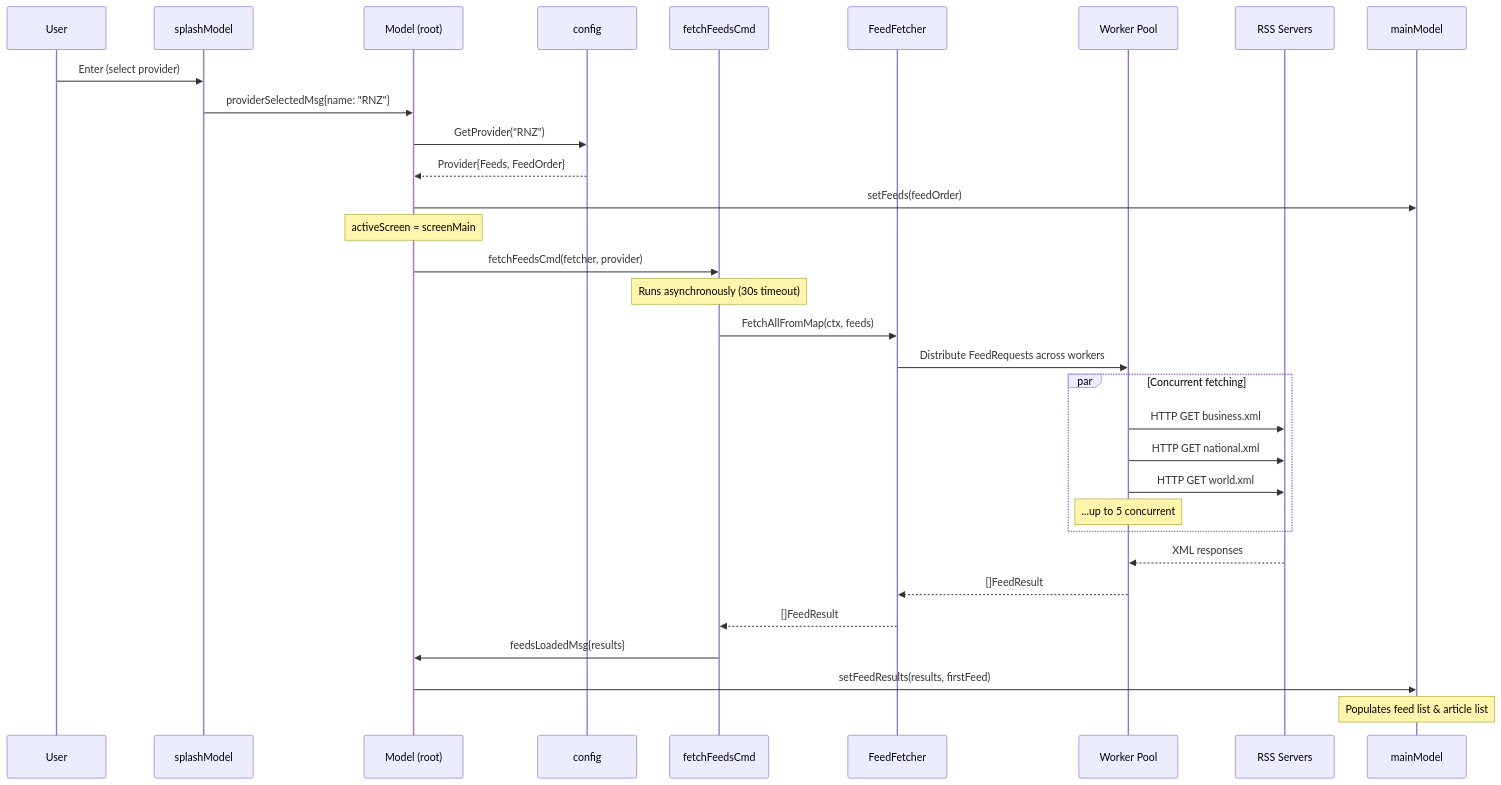
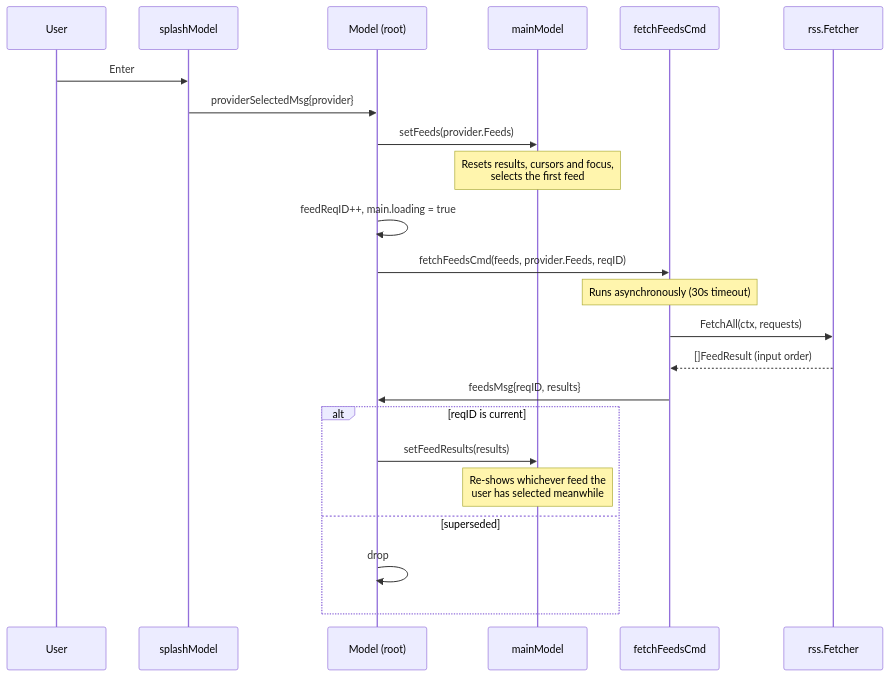
One commit to kralkapoor/knews changed the fourth of 8 diagrams in ARCHITECTURE.md. Above: the diagram before and after it, drawn with Mermaid. The commit also changed other lines of this file and 36 other files, not shown here.

````diff
--- a/ARCHITECTURE.md
+++ b/ARCHITECTURE.md
@@ -291,37 +225,26 @@
 ```mermaid
 sequenceDiagram
     participant User
     participant Splash as splashModel
     participant Root as Model (root)
-    participant Config as config
+    participant Main as mainModel
     participant Cmd as fetchFeedsCmd
-    participant Fetcher as FeedFetcher
-    participant Workers as Worker Pool
-    participant Server as RSS Servers
-    participant Main as mainModel
+    participant Fetcher as rss.Fetcher
 
-    User->>Splash: Enter (select provider)
-    Splash->>Root: providerSelectedMsg{name: "RNZ"}
-    Root->>Config: GetProvider("RNZ")
-    Config-->>Root: Provider{Feeds, FeedOrder}
-    Root->>Main: setFeeds(feedOrder)
-    Note over Root: activeScreen = screenMain
-    Root->>Cmd: fetchFeedsCmd(fetcher, provider)
-
+    User->>Splash: Enter
+    Splash->>Root: providerSelectedMsg{provider}
+    Root->>Main: setFeeds(provider.Feeds)
+    Note over Main: Resets results, cursors and focus,<br/>selects the first feed
+    Root->>Root: feedReqID++, main.loading = true
+    Root->>Cmd: fetchFeedsCmd(feeds, provider.Feeds, reqID)
     Note over Cmd: Runs asynchronously (30s timeout)
-    Cmd->>Fetcher: FetchAllFromMap(ctx, feeds)
-    Fetcher->>Workers: Distribute FeedRequests across workers
-    par Concurrent fetching
-        Workers->>Server: HTTP GET business.xml
-        Workers->>Server: HTTP GET national.xml
-        Workers->>Server: HTTP GET world.xml
-        Note over Workers: ...up to 5 concurrent
+    Cmd->>Fetcher: FetchAll(ctx, requests)
+    Fetcher-->>Cmd: []FeedResult (input order)
+    Cmd->>Root: feedsMsg{reqID, results}
+    alt reqID is current
+        Root->>Main: setFeedResults(results)
+        Note over Main: Re-shows whichever feed the<br/>user has selected meanwhile
+    else superseded
+        Root->>Root: drop
     end
-    Server-->>Workers: XML responses
-    Workers-->>Fetcher: []FeedResult
-    Fetcher-->>Cmd: []FeedResult
-
-    Cmd->>Root: feedsLoadedMsg{results}
-    Root->>Main: setFeedResults(results, firstFeed)
-    Note over Main: Populates feed list & article list
 ```
````
